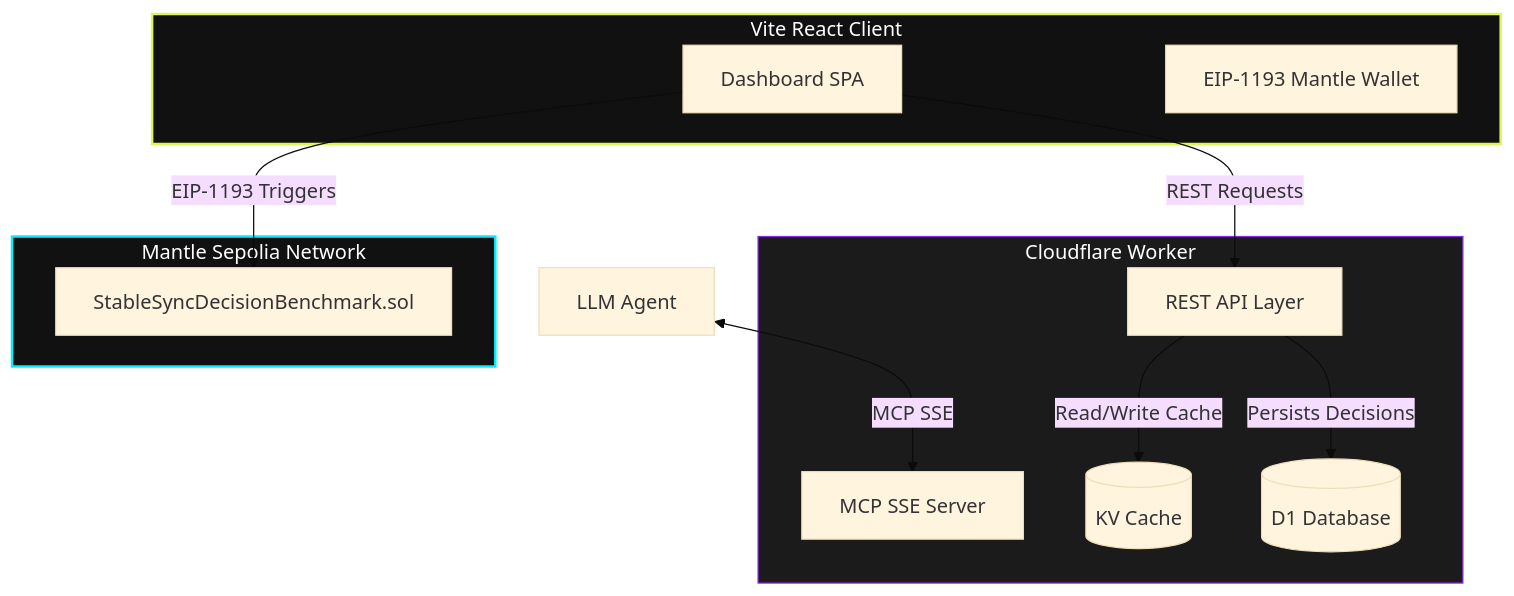
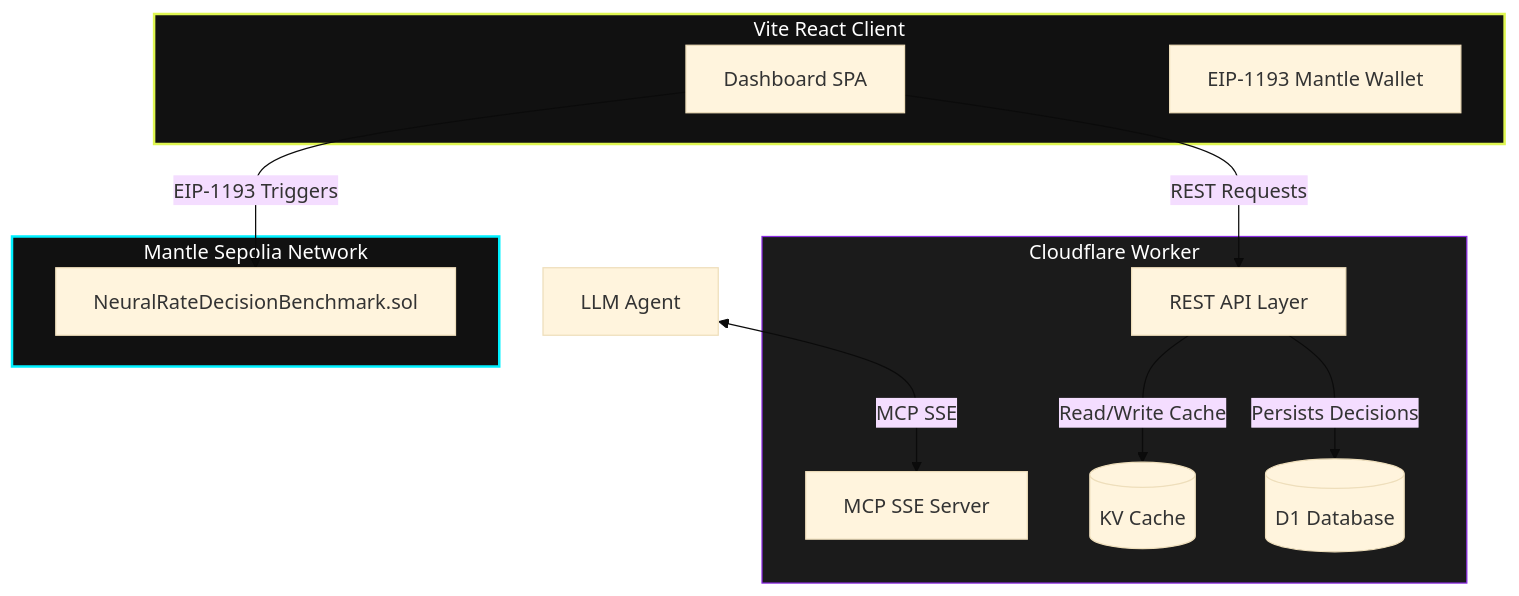
Before and after one commit to Lipe-lx/NeuralRate-MCP: the diagram in README.md, drawn with Mermaid (base theme). The commit also changed other lines of this file and 30 other files, not shown here.

Commit message:
feat: rename StableSync to NeuralRate

````diff
--- a/README.md
+++ b/README.md
@@ -7,26 +7,26 @@
 ```mermaid
 graph TD
     subgraph UI [Vite React Client]
         D[Dashboard SPA]
         W[EIP-1193 Mantle Wallet]
     end
     subgraph Backend [Cloudflare Worker]
         API[REST API Layer]
         MCP[MCP SSE Server]
         KV[(KV Cache)]
         D1[(D1 Database)]
     end
     subgraph Chain [Mantle Sepolia Network]
-        SC[StableSyncDecisionBenchmark.sol]
+        SC[NeuralRateDecisionBenchmark.sol]
     end
 
     D -->|REST Requests| API
     Agent[LLM Agent] <-->|MCP SSE| MCP
     D -->|EIP-1193 Triggers| SC
     API -->|Persists Decisions| D1
     API -->|Read/Write Cache| KV
 
     style UI fill:#111,stroke:#DFF651,stroke-width:2px,color:#fff
     style Backend fill:#1b1b1b,stroke:#8A2BE2,stroke-width:1px,color:#fff
     style Chain fill:#111,stroke:#00F0FF,stroke-width:2px,color:#fff
 ```
````
